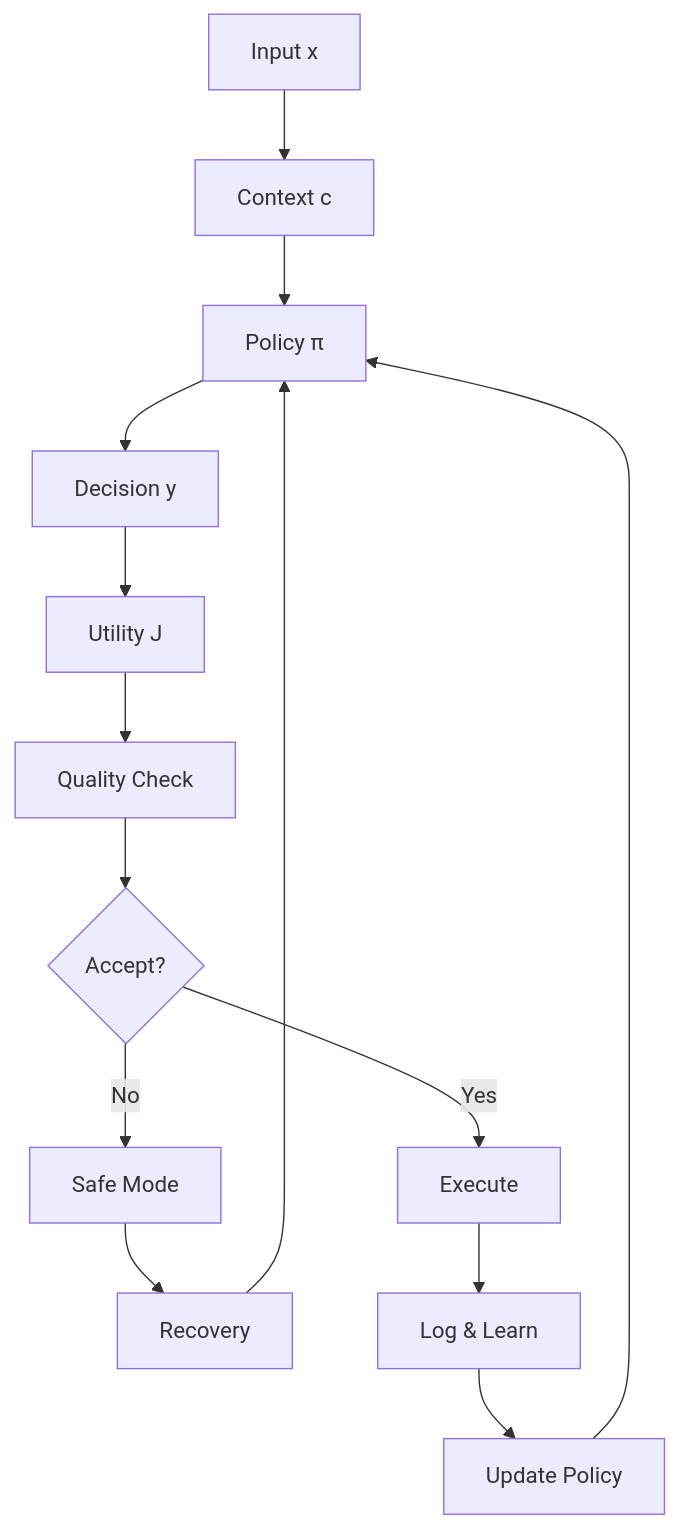
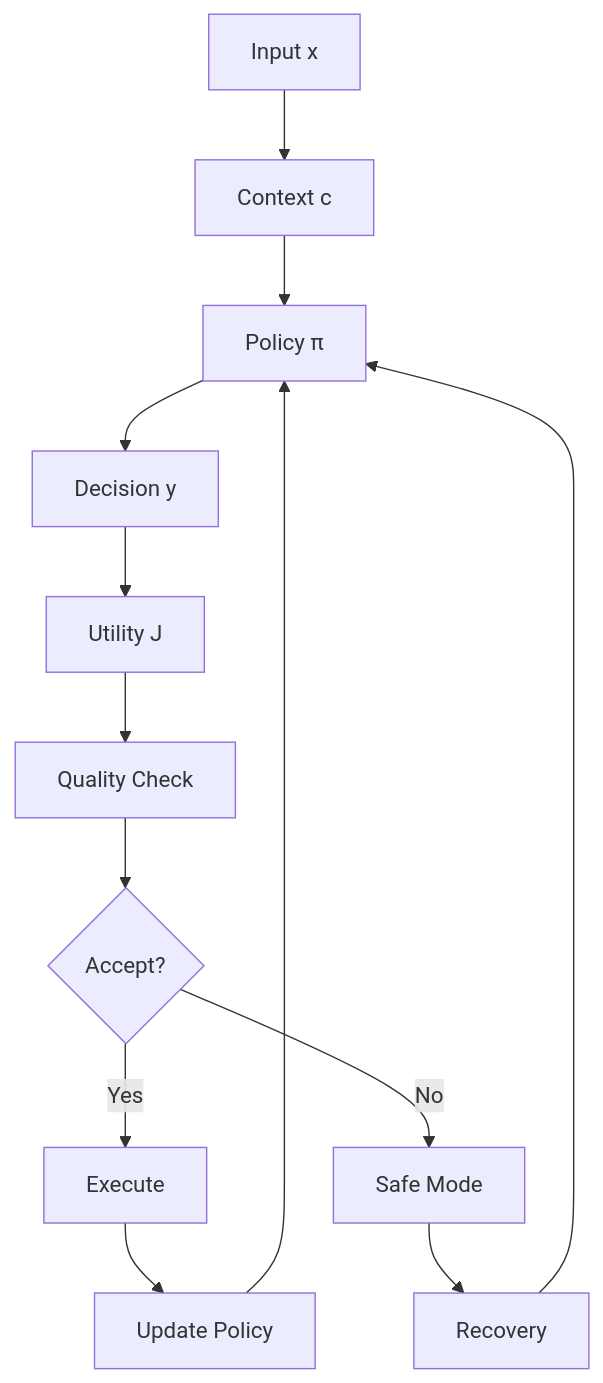
One commit to Pratar/GIOS changed the first of 10 diagrams in GIOS_Technical_Architecture.md. Above: the diagram before and after it, drawn with Mermaid. The commit also changed other lines of this file, not shown here.

First line of the commit message:
Enhance technical architecture with comprehensive diagrams

````diff
--- a/GIOS_Technical_Architecture.md
+++ b/GIOS_Technical_Architecture.md
@@ -58,16 +57,15 @@
 ```mermaid
 graph TB
     A[Input x] --> B[Context c]
     B --> C[Policy π]
     C --> D[Decision y]
     D --> E[Utility J]
     E --> F[Quality Check]
     F --> G{Accept?}
     G -->|Yes| H[Execute]
     G -->|No| I[Safe Mode]
     I --> J[Recovery]
     J --> C
-    H --> K[Log & Learn]
-    K --> L[Update Policy]
-    L --> C
+    H --> K[Update Policy]
+    K --> C
 ```
````
